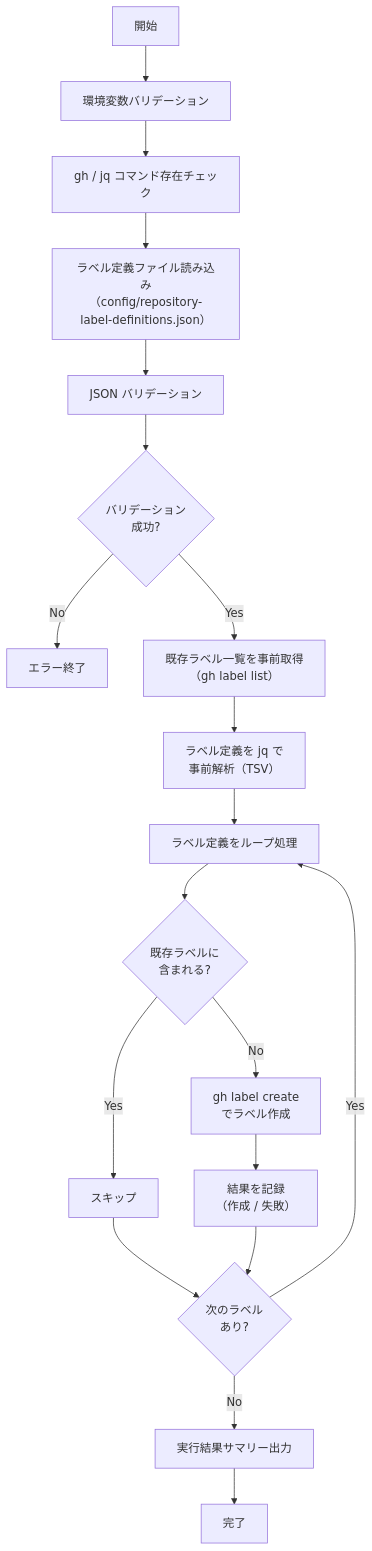
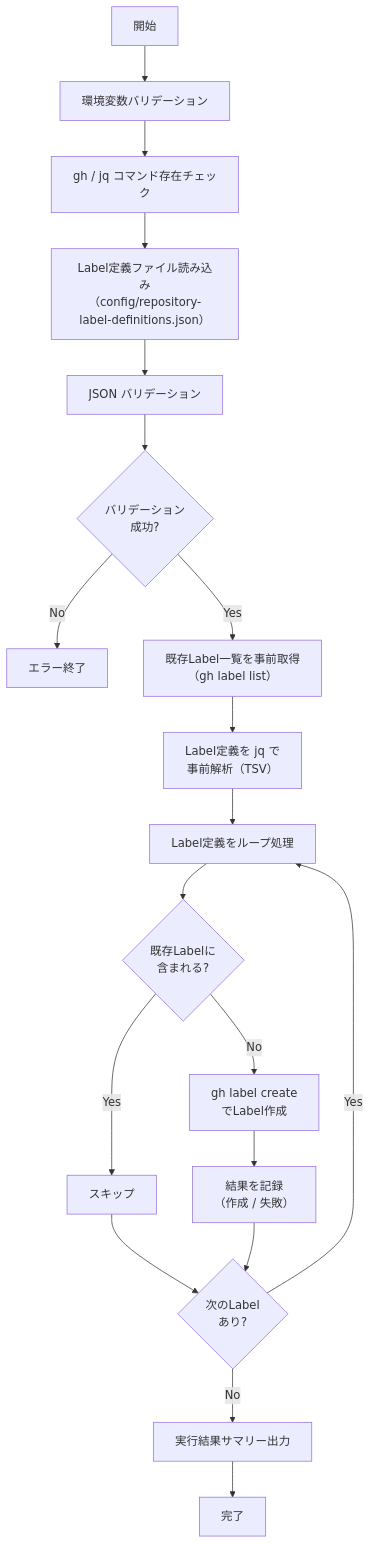
One commit to lurest-inc/github-projects-ops-kit changed the diagram in docs/scripts/setup-repository-labels.md. Above: the diagram before and after it, drawn with Mermaid. The commit also changed other lines of this file and 23 other files, not shown here.

````diff
--- a/docs/scripts/setup-repository-labels.md
+++ b/docs/scripts/setup-repository-labels.md
@@ -137,25 +137,25 @@
 ```mermaid
 flowchart TD
     A["開始"] --> B["環境変数バリデーション"]
     B --> C["gh / jq コマンド存在チェック"]
-    C --> D["ラベル定義ファイル読み込み\n（config/repository-label-definitions.json）"]
+    C --> D["Label定義ファイル読み込み\n（config/repository-label-definitions.json）"]
     D --> E["JSON バリデーション"]
 
     E --> F{"バリデーション\n成功?"}
     F -- "No" --> G["エラー終了"]
-    F -- "Yes" --> H["既存ラベル一覧を事前取得\n（gh label list）"]
+    F -- "Yes" --> H["既存Label一覧を事前取得\n（gh label list）"]
 
-    H --> I["ラベル定義を jq で\n事前解析（TSV）"]
-    I --> J["ラベル定義をループ処理"]
+    H --> I["Label定義を jq で\n事前解析（TSV）"]
+    I --> J["Label定義をループ処理"]
 
-    J --> K{"既存ラベルに\n含まれる?"}
+    J --> K{"既存Labelに\n含まれる?"}
     K -- "Yes" --> L["スキップ"]
-    K -- "No" --> M["gh label create\nでラベル作成"]
+    K -- "No" --> M["gh label create\nでLabel作成"]
 
     M --> N["結果を記録\n（作成 / 失敗）"]
 
-    L & N --> O{"次のラベル\nあり?"}
+    L & N --> O{"次のLabel\nあり?"}
     O -- "Yes" --> J
     O -- "No" --> P["実行結果サマリー出力"]
     P --> Q["完了"]
 ```
````
